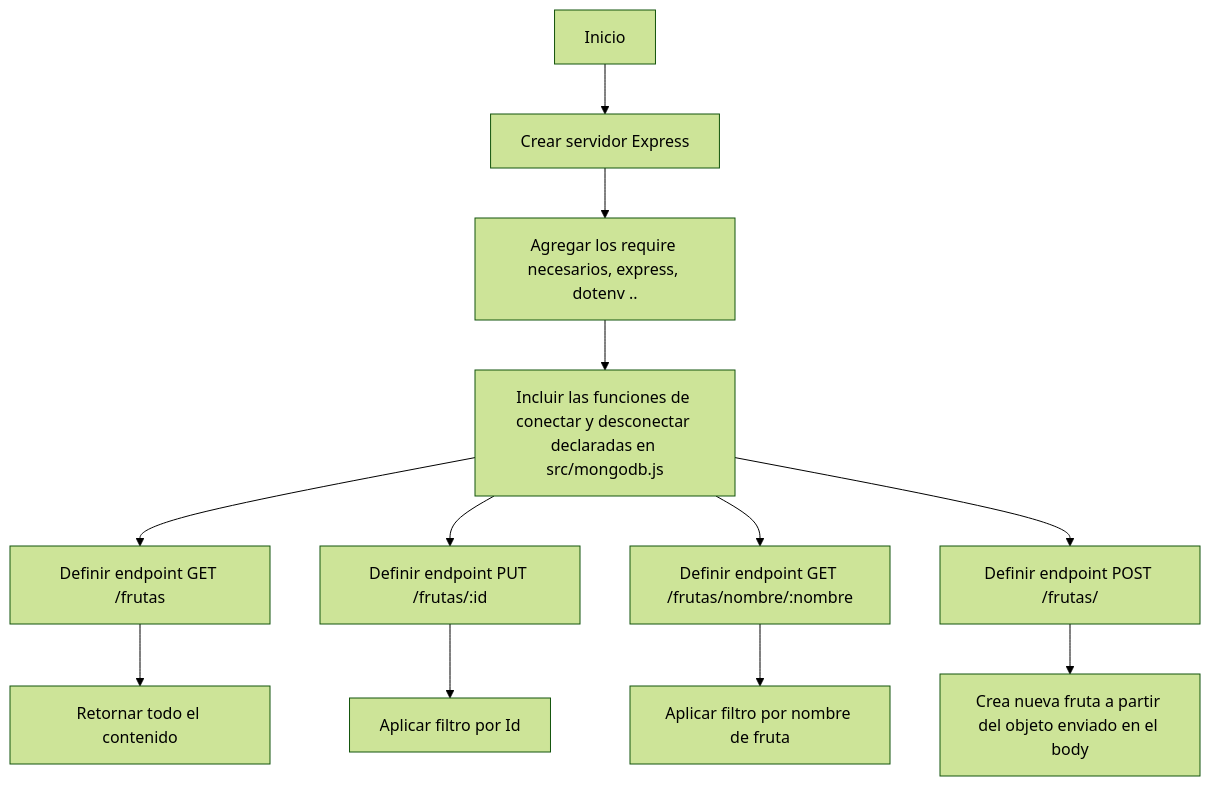
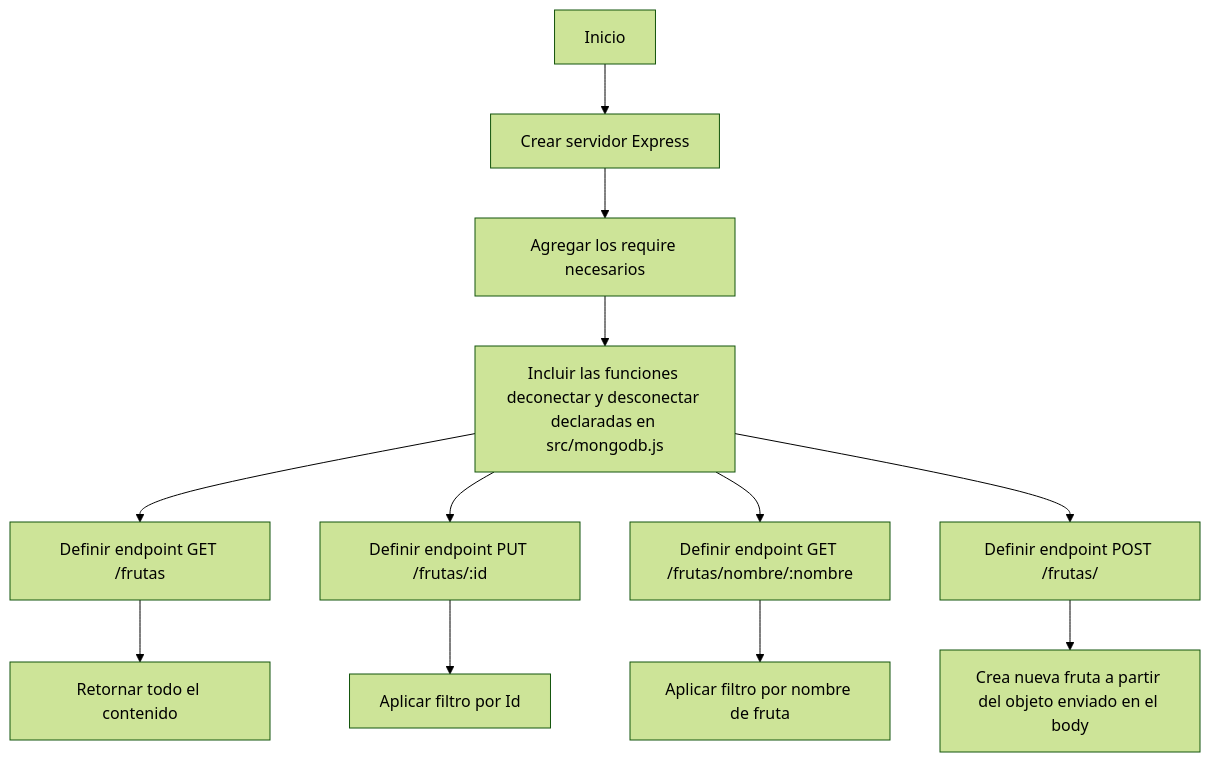
Before and after one commit to carolinamendez0/IngeniasTpIntegrador: the diagram in README.md, drawn with Mermaid (forest theme). The commit also changed other lines of this file, not shown here.

Commit message:
se agregaron cambios, version final

````diff
--- a/README.md
+++ b/README.md
@@ -127,14 +127,14 @@
 ```mermaid
 graph TD
   A[Inicio] --> B[Crear servidor Express]
-  B --> C[Agregar los require necesarios, express, dotenv ..]
-  C --> D[Incluir las funciones de conectar y desconectar declaradas en src/mongodb.js]
+  B --> C[Agregar los require necesarios]
+  C --> D[Incluir las funciones deconectar y desconectar declaradas en src/mongodb.js]
   D --> E[Definir endpoint GET /frutas]
   D --> F[Definir endpoint PUT /frutas/:id]
   D --> G[Definir endpoint GET /frutas/nombre/:nombre]
   D --> H[Definir endpoint POST /frutas/]
-  E --> K[Retornar todo el contenido]
-  F --> L[Aplicar filtro por Id]
-  G --> M[Aplicar filtro por nombre de fruta]
-  H --> N[Crea nueva fruta a partir del objeto enviado en el body]
+  E --> I[Retornar todo el contenido]
+  F --> J[Aplicar filtro por Id]
+  G --> K[Aplicar filtro por nombre de fruta]
+  H --> L[Crea nueva fruta a partir del objeto enviado en el body]
 ```
````
